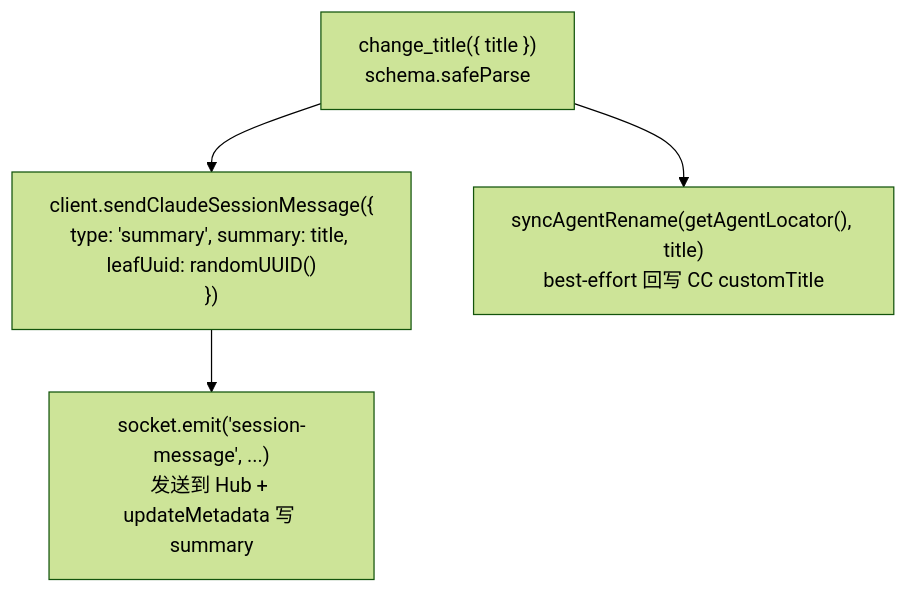
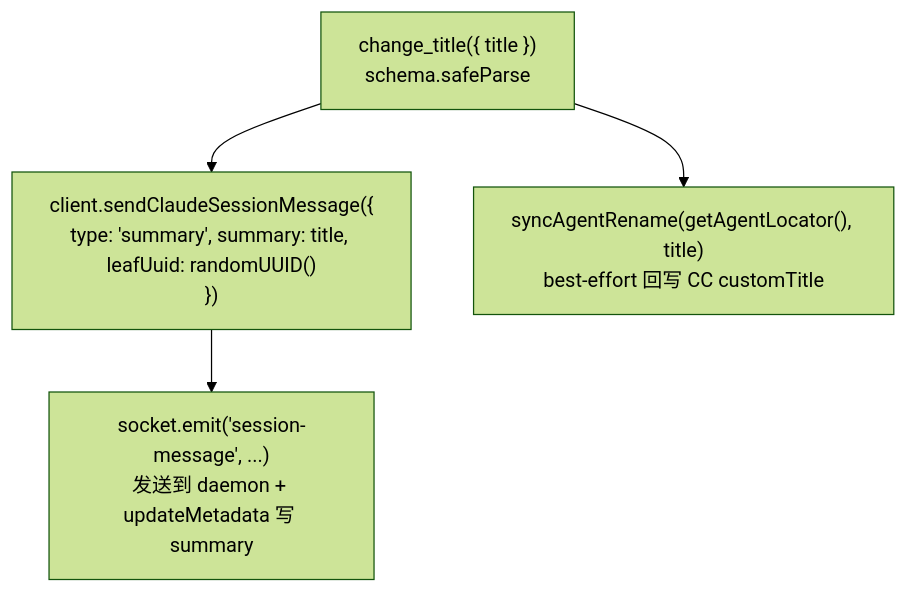
One commit to ModuBit/mobi changed the second of 3 diagrams in docs/architecture/cli/mcp/README.md. Above: the diagram before and after it, drawn with Mermaid (forest theme). The commit also changed other lines of this file and 86 other files, not shown here.

````diff
--- a/docs/architecture/cli/mcp/README.md
+++ b/docs/architecture/cli/mcp/README.md
@@ -119,6 +118,6 @@
 ```mermaid
 flowchart TB
     Call["change_title({ title })<br/>schema.safeParse"] --> Send["client.sendClaudeSessionMessage({<br/>type: 'summary', summary: title, leafUuid: randomUUID()<br/>})"]
-    Send --> Emit["socket.emit('session-message', ...)<br/>发送到 Hub + updateMetadata 写 summary"]
+    Send --> Emit["socket.emit('session-message', ...)<br/>发送到 daemon + updateMetadata 写 summary"]
     Call --> RenameCC["syncAgentRename(getAgentLocator(), title)<br/>best-effort 回写 CC customTitle"]
 ```
````
